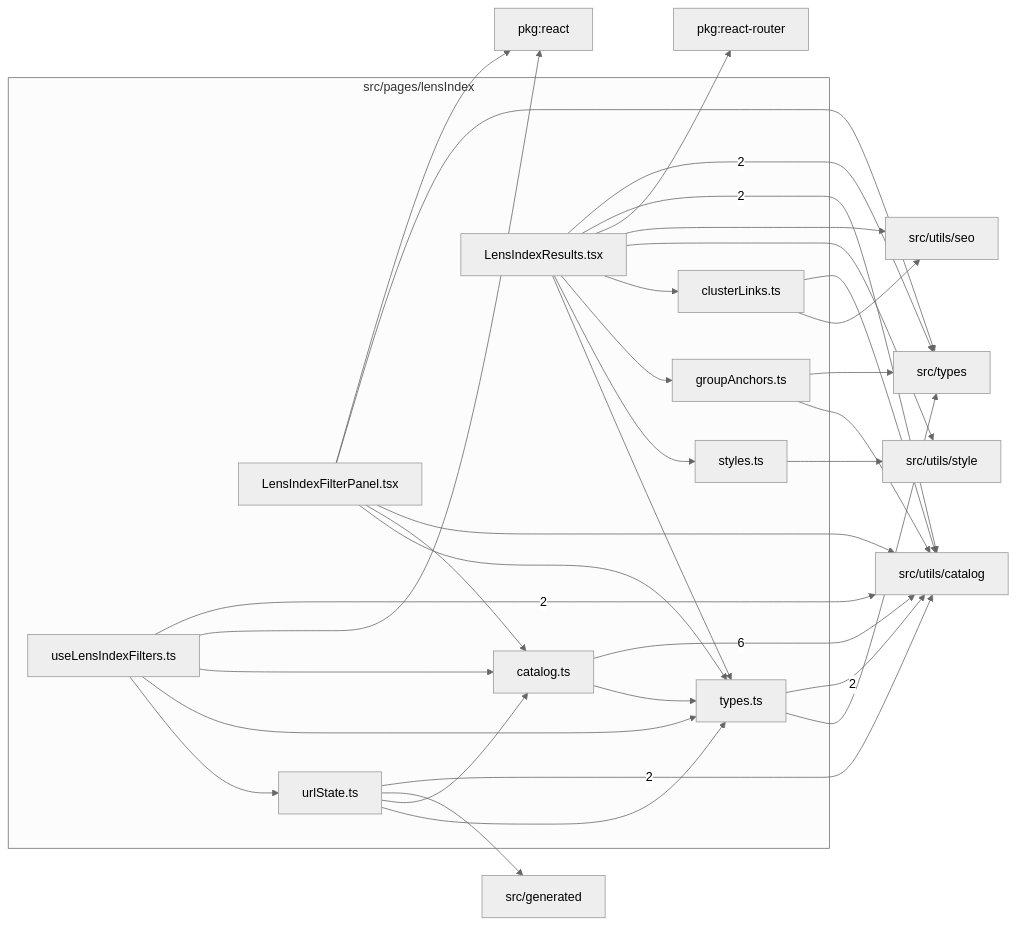
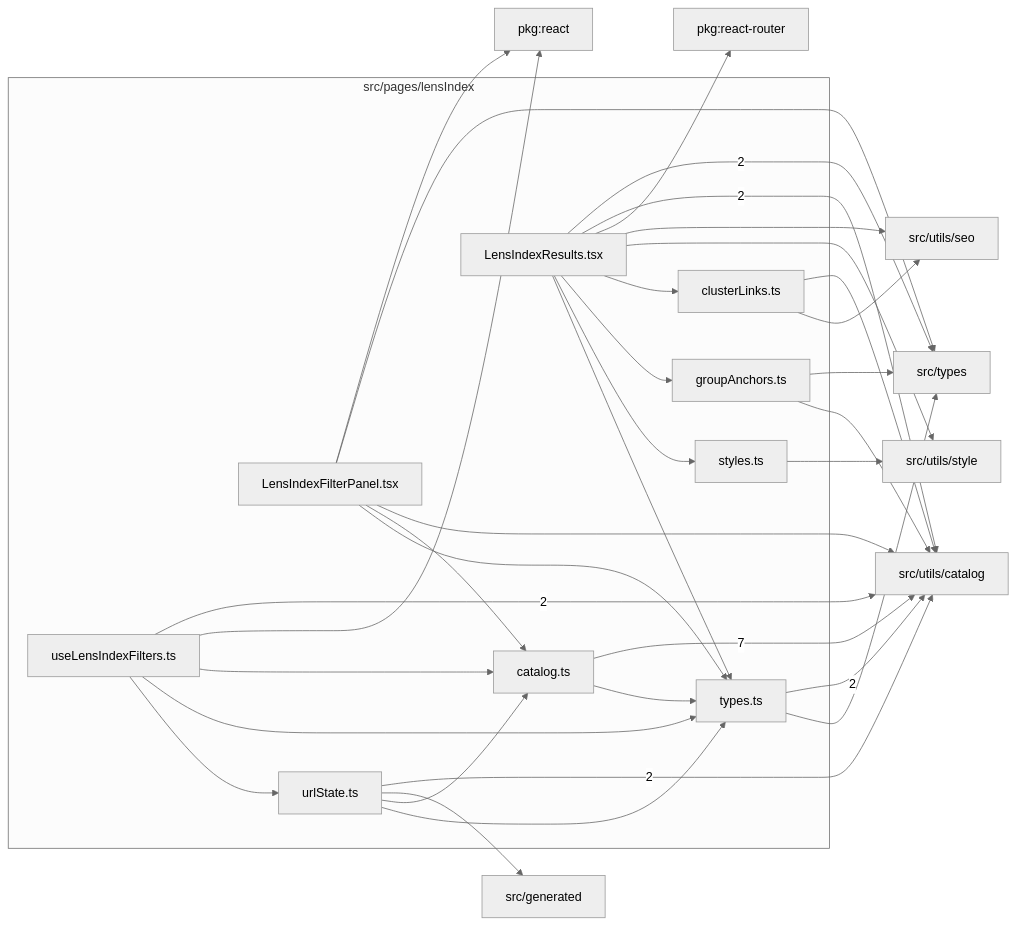
The diagram in src/pages/lensIndex/readme.md (ronbuening/LensVisualizer), drawn with Mermaid (neutral theme) before and after one commit. The commit also changed other lines of this file and 10 other files, not shown here.

````diff
--- a/src/pages/lensIndex/readme.md
+++ b/src/pages/lensIndex/readme.md
@@ -9,53 +9,53 @@
 ```mermaid
 flowchart LR
   subgraph n_src_pages_lensIndex["src/pages/lensIndex"]
     n_src_pages_lensIndex_src_pages_lensIndex_catalog_ts["catalog.ts"]
     n_src_pages_lensIndex_src_pages_lensIndex_clusterLinks_ts["clusterLinks.ts"]
     n_src_pages_lensIndex_src_pages_lensIndex_groupAnchors_ts["groupAnchors.ts"]
     n_src_pages_lensIndex_src_pages_lensIndex_LensIndexFilterPanel_tsx["LensIndexFilterPanel.tsx"]
     n_src_pages_lensIndex_src_pages_lensIndex_LensIndexResults_tsx["LensIndexResults.tsx"]
     n_src_pages_lensIndex_src_pages_lensIndex_styles_ts["styles.ts"]
     n_src_pages_lensIndex_src_pages_lensIndex_types_ts["types.ts"]
     n_src_pages_lensIndex_src_pages_lensIndex_urlState_ts["urlState.ts"]
     n_src_pages_lensIndex_src_pages_lensIndex_useLensIndexFilters_ts["useLensIndexFilters.ts"]
   end
   n_external_src_utils_catalog["src/utils/catalog"]
   n_external_src_types["src/types"]
   n_external_pkg_react["pkg:react"]
   n_external_pkg_react_router["pkg:react-router"]
   n_external_src_generated["src/generated"]
   n_external_src_utils_seo["src/utils/seo"]
   n_external_src_utils_style["src/utils/style"]
-  n_src_pages_lensIndex_src_pages_lensIndex_catalog_ts --> |6| n_external_src_utils_catalog
+  n_src_pages_lensIndex_src_pages_lensIndex_catalog_ts --> |7| n_external_src_utils_catalog
   n_src_pages_lensIndex_src_pages_lensIndex_LensIndexResults_tsx --> |2| n_external_src_types
   n_src_pages_lensIndex_src_pages_lensIndex_LensIndexResults_tsx --> |2| n_external_src_utils_catalog
   n_src_pages_lensIndex_src_pages_lensIndex_types_ts --> |2| n_external_src_utils_catalog
   n_src_pages_lensIndex_src_pages_lensIndex_urlState_ts --> |2| n_external_src_utils_catalog
   n_src_pages_lensIndex_src_pages_lensIndex_useLensIndexFilters_ts --> |2| n_external_src_utils_catalog
   n_src_pages_lensIndex_src_pages_lensIndex_LensIndexFilterPanel_tsx --> n_external_pkg_react
   n_src_pages_lensIndex_src_pages_lensIndex_useLensIndexFilters_ts --> n_external_pkg_react
   n_src_pages_lensIndex_src_pages_lensIndex_LensIndexResults_tsx --> n_external_pkg_react_router
   n_src_pages_lensIndex_src_pages_lensIndex_urlState_ts --> n_external_src_generated
   n_src_pages_lensIndex_src_pages_lensIndex_groupAnchors_ts --> n_external_src_types
   n_src_pages_lensIndex_src_pages_lensIndex_LensIndexFilterPanel_tsx --> n_external_src_types
   n_src_pages_lensIndex_src_pages_lensIndex_types_ts --> n_external_src_types
   n_src_pages_lensIndex_src_pages_lensIndex_clusterLinks_ts --> n_external_src_utils_catalog
   n_src_pages_lensIndex_src_pages_lensIndex_groupAnchors_ts --> n_external_src_utils_catalog
   n_src_pages_lensIndex_src_pages_lensIndex_LensIndexFilterPanel_tsx --> n_external_src_utils_catalog
   n_src_pages_lensIndex_src_pages_lensIndex_clusterLinks_ts --> n_external_src_utils_seo
   n_src_pages_lensIndex_src_pages_lensIndex_LensIndexResults_tsx --> n_external_src_utils_seo
   n_src_pages_lensIndex_src_pages_lensIndex_LensIndexResults_tsx --> n_external_src_utils_style
   n_src_pages_lensIndex_src_pages_lensIndex_styles_ts --> n_external_src_utils_style
   n_src_pages_lensIndex_src_pages_lensIndex_LensIndexFilterPanel_tsx --> n_src_pages_lensIndex_src_pages_lensIndex_catalog_ts
   n_src_pages_lensIndex_src_pages_lensIndex_urlState_ts --> n_src_pages_lensIndex_src_pages_lensIndex_catalog_ts
   n_src_pages_lensIndex_src_pages_lensIndex_useLensIndexFilters_ts --> n_src_pages_lensIndex_src_pages_lensIndex_catalog_ts
   n_src_pages_lensIndex_src_pages_lensIndex_LensIndexResults_tsx --> n_src_pages_lensIndex_src_pages_lensIndex_clusterLinks_ts
   n_src_pages_lensIndex_src_pages_lensIndex_LensIndexResults_tsx --> n_src_pages_lensIndex_src_pages_lensIndex_groupAnchors_ts
   n_src_pages_lensIndex_src_pages_lensIndex_LensIndexResults_tsx --> n_src_pages_lensIndex_src_pages_lensIndex_styles_ts
   n_src_pages_lensIndex_src_pages_lensIndex_catalog_ts --> n_src_pages_lensIndex_src_pages_lensIndex_types_ts
   n_src_pages_lensIndex_src_pages_lensIndex_LensIndexFilterPanel_tsx --> n_src_pages_lensIndex_src_pages_lensIndex_types_ts
   n_src_pages_lensIndex_src_pages_lensIndex_LensIndexResults_tsx --> n_src_pages_lensIndex_src_pages_lensIndex_types_ts
   n_src_pages_lensIndex_src_pages_lensIndex_urlState_ts --> n_src_pages_lensIndex_src_pages_lensIndex_types_ts
   n_src_pages_lensIndex_src_pages_lensIndex_useLensIndexFilters_ts --> n_src_pages_lensIndex_src_pages_lensIndex_types_ts
   n_src_pages_lensIndex_src_pages_lensIndex_useLensIndexFilters_ts --> n_src_pages_lensIndex_src_pages_lensIndex_urlState_ts
 ```
````
